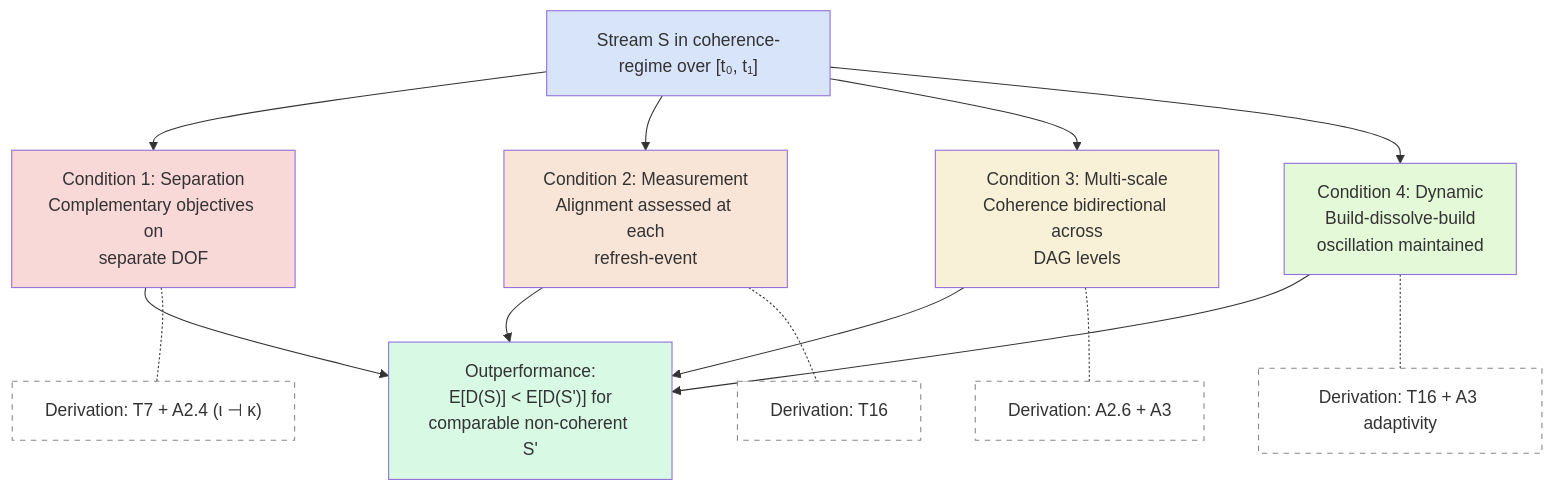
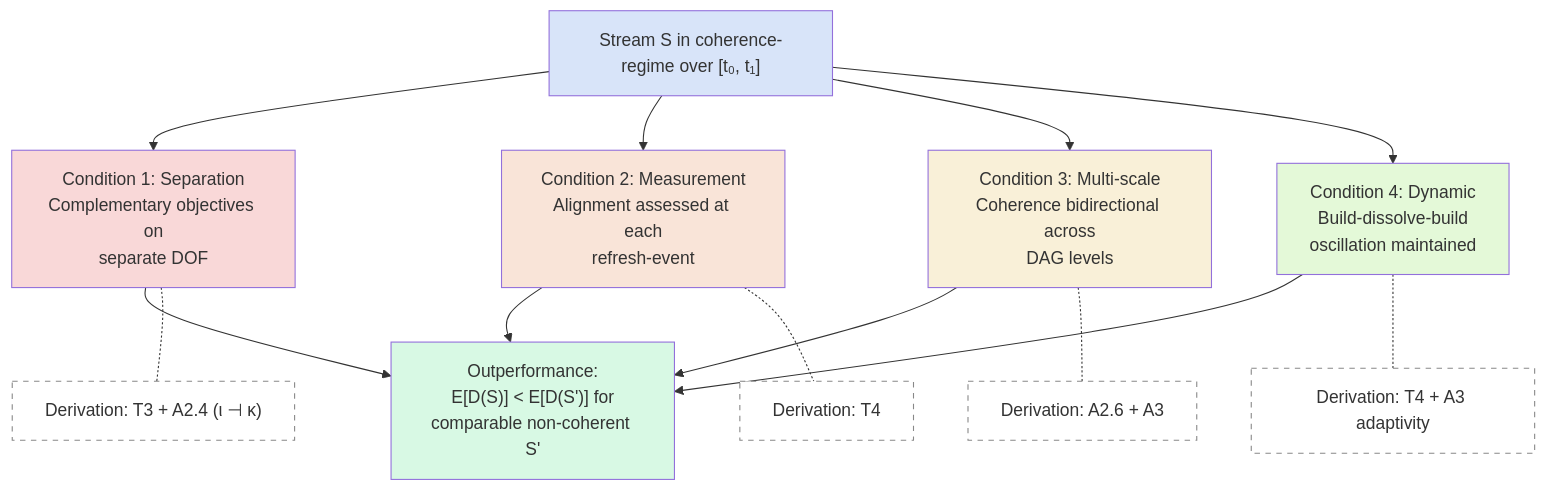
Before and after one commit to Multi-DAC/Corpus-Perspectival: the ninth of 11 diagrams in Unreleased-Work/V4/V4-figures.md, drawn with Mermaid. The commit also changed other lines of this file and 13 other files, not shown here.

````diff
--- a/Unreleased-Work/V4/V4-figures.md
+++ b/Unreleased-Work/V4/V4-figures.md
@@ -477,42 +477,42 @@
 ```mermaid
 graph TD
     Stream["Stream S in coherence-regime over [t₀, t₁]"]
 
     C1["Condition 1: Separation<br/>Complementary objectives on<br/>separate DOF"]
     C2["Condition 2: Measurement<br/>Alignment assessed at each<br/>refresh-event"]
     C3["Condition 3: Multi-scale<br/>Coherence bidirectional across<br/>DAG levels"]
     C4["Condition 4: Dynamic<br/>Build-dissolve-build<br/>oscillation maintained"]
 
     Outperform["Outperformance:<br/>E[D(S)] < E[D(S')] for<br/>comparable non-coherent S'"]
 
     Stream --> C1
     Stream --> C2
     Stream --> C3
     Stream --> C4
 
     C1 --> Outperform
     C2 --> Outperform
     C3 --> Outperform
     C4 --> Outperform
 
-    Source_C1["Derivation: T7 + A2.4 (ι ⊣ κ)"]
-    Source_C2["Derivation: T16"]
+    Source_C1["Derivation: T3 + A2.4 (ι ⊣ κ)"]
+    Source_C2["Derivation: T4"]
     Source_C3["Derivation: A2.6 + A3"]
-    Source_C4["Derivation: T16 + A3 adaptivity"]
+    Source_C4["Derivation: T4 + A3 adaptivity"]
 
     C1 -.- Source_C1
     C2 -.- Source_C2
     C3 -.- Source_C3
     C4 -.- Source_C4
 
     style Stream fill:#d8e4f9
     style C1 fill:#f9d8d8
     style C2 fill:#f9e4d8
     style C3 fill:#f9f0d8
     style C4 fill:#e4f9d8
     style Outperform fill:#d8f9e4
     style Source_C1 fill:#ffffff,stroke:#888,stroke-dasharray: 5 5
     style Source_C2 fill:#ffffff,stroke:#888,stroke-dasharray: 5 5
     style Source_C3 fill:#ffffff,stroke:#888,stroke-dasharray: 5 5
     style Source_C4 fill:#ffffff,stroke:#888,stroke-dasharray: 5 5
 ```
````
